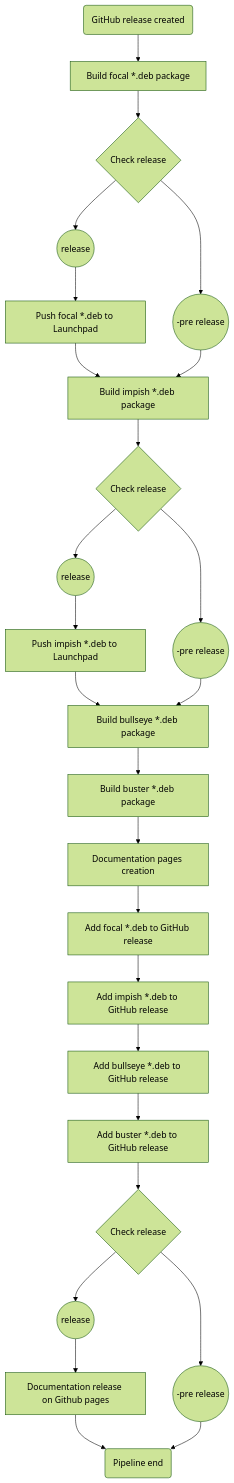
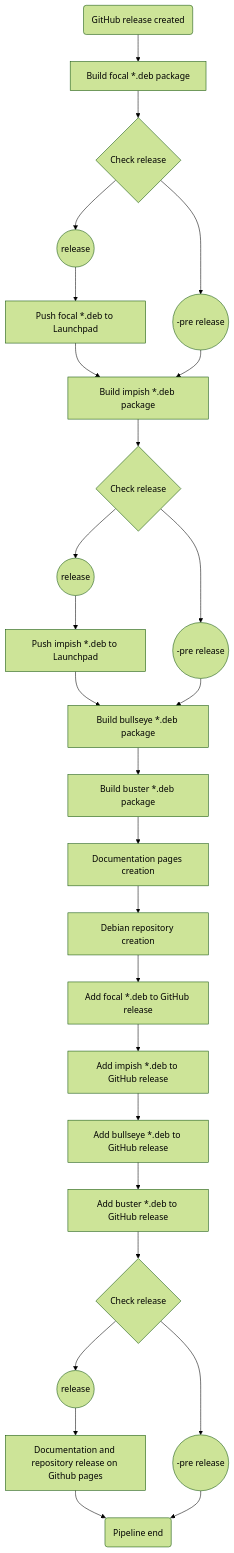
Before and after one commit to imker25/samba_exporter: the second of 2 diagrams in docs/DeveloperDocs/ActionsAndReleases.md, drawn with Mermaid. The commit also changed 1 other file, not shown here.

Commit message:
Enhance docs #40

````diff
--- a/docs/DeveloperDocs/ActionsAndReleases.md
+++ b/docs/DeveloperDocs/ActionsAndReleases.md
@@ -46,56 +46,58 @@
 ```mermaid
 %%{init: {'theme':'forest'}}%%
 graph TD;
     release(GitHub release created)
     buildFocal[Build focal *.deb package]
     buildImpish[Build impish *.deb package]
     buildBuster[Build buster *.deb package]
     buildBullseye[Build bullseye *.deb package]
     docs[Documentation pages creation]
+    repo[Debian repository creation]
     releaseFocalLP[Push focal *.deb to Launchpad]
     releaseImpishLP[Push impish *.deb to Launchpad]
     releaseFocalGR[Add focal *.deb to GitHub release]
     releaseImpishGR[Add impish *.deb to GitHub release]    
     releaseBullseyeGR[Add bullseye *.deb to GitHub release]
     releaseBusterGR[Add buster *.deb to GitHub release] 
-    pagesRelease[Documentation release on Github pages]
+    pagesRelease[Documentation and repository release on Github pages]
     done(Pipeline end)
     checkRelease1{Check release}
     preRelease1(( -pre release))
     fullRelease1((release))
     checkRelease2{Check release}
     preRelease2(( -pre release))
     fullRelease2((release))
     checkRelease3{Check release}
     preRelease3(( -pre release))
     fullRelease3((release))
 
     release-->buildFocal
     buildFocal-->checkRelease1
     checkRelease1-->preRelease1
     checkRelease1-->fullRelease1
     fullRelease1-->releaseFocalLP
     releaseFocalLP-->buildImpish
     preRelease1-->buildImpish
 
     buildImpish-->checkRelease2
     checkRelease2-->preRelease2
     checkRelease2-->fullRelease2
     fullRelease2-->releaseImpishLP
     releaseImpishLP-->buildBullseye
     preRelease2-->buildBullseye
 
     buildBullseye-->buildBuster
     buildBuster-->docs
-    docs-->releaseFocalGR
+    docs-->repo
+    repo-->releaseFocalGR
     releaseFocalGR-->releaseImpishGR
     releaseImpishGR-->releaseBullseyeGR
     releaseBullseyeGR-->releaseBusterGR
     releaseBusterGR-->checkRelease3
 
     checkRelease3-->preRelease3
     checkRelease3-->fullRelease3
     fullRelease3-->pagesRelease
     pagesRelease-->done
     preRelease3-->done
 ```
````
